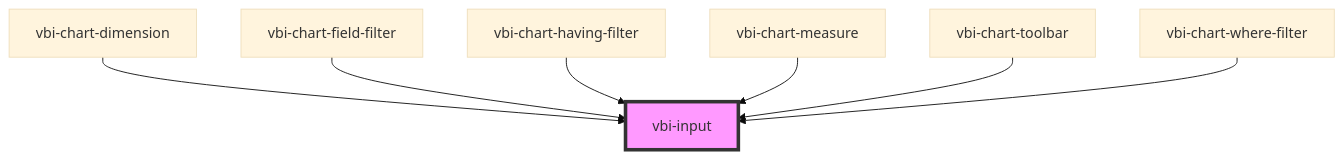
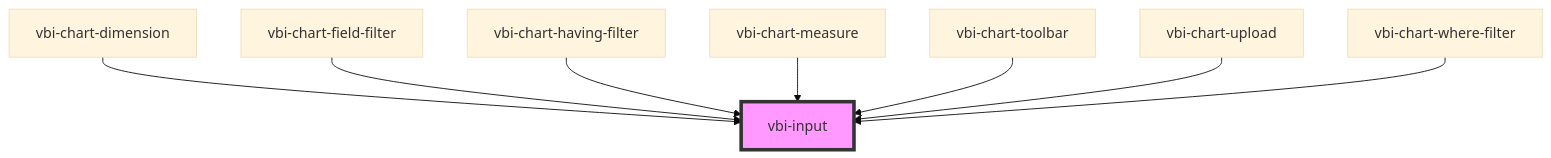
One commit to Ditto190/VBI-modme changed the diagram in packages/vbi-component/src/components/ui/vbi-input/readme.md. Above: the diagram before and after it, drawn with Mermaid (base theme). The commit also changed other lines of this file and 20 other files, not shown here.

Commit message:
feat(vbi-component): add CSV upload

````diff
--- a/packages/vbi-component/src/components/ui/vbi-input/readme.md
+++ b/packages/vbi-component/src/components/ui/vbi-input/readme.md
@@ -53,10 +54,11 @@
 ```mermaid
 graph TD;
   vbi-chart-dimension --> vbi-input
   vbi-chart-field-filter --> vbi-input
   vbi-chart-having-filter --> vbi-input
   vbi-chart-measure --> vbi-input
   vbi-chart-toolbar --> vbi-input
+  vbi-chart-upload --> vbi-input
   vbi-chart-where-filter --> vbi-input
   style vbi-input fill:#f9f,stroke:#333,stroke-width:4px
 ```
````
